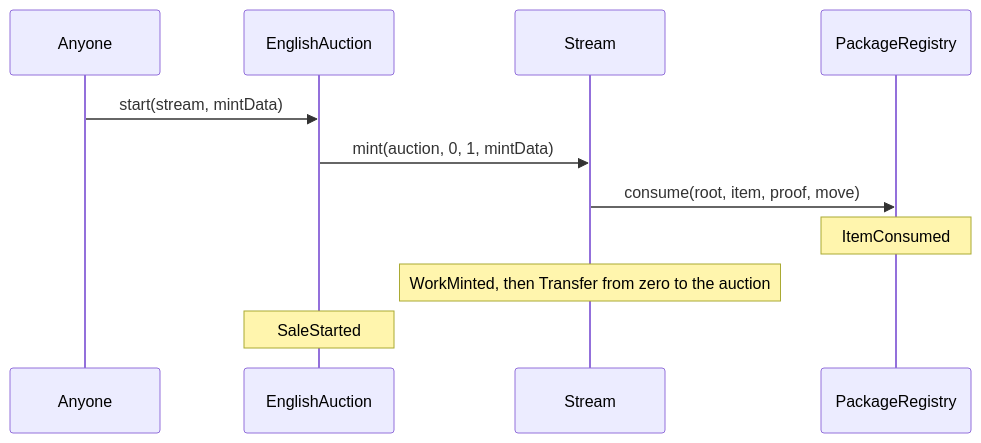
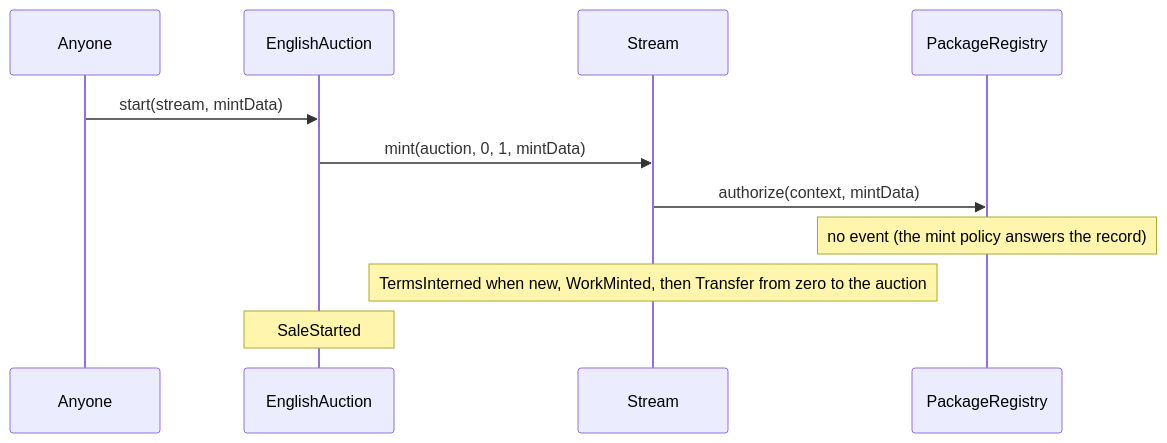
The diagram in docs/integrators/events-and-indexing.md (6529-Collections/6529-works), drawn with Mermaid before and after one commit. The commit also changed other lines of this file and 369 other files, not shown here.

````diff
--- a/docs/integrators/events-and-indexing.md
+++ b/docs/integrators/events-and-indexing.md
@@ -442,13 +551,13 @@
 ```mermaid
 sequenceDiagram
     participant Starter as Anyone
     participant Auction as EnglishAuction
     participant Stream as Stream
     participant Registry as PackageRegistry
     Starter->>Auction: start(stream, mintData)
     Auction->>Stream: mint(auction, 0, 1, mintData)
-    Stream->>Registry: consume(root, item, proof, move)
-    Note over Registry: ItemConsumed
-    Note over Stream: WorkMinted, then Transfer from zero to the auction
+    Stream->>Registry: authorize(context, mintData)
+    Note over Registry: no event (the mint policy answers the record)
+    Note over Stream: TermsInterned when new, WorkMinted, then Transfer from zero to the auction
     Note over Auction: SaleStarted
 ```
````
